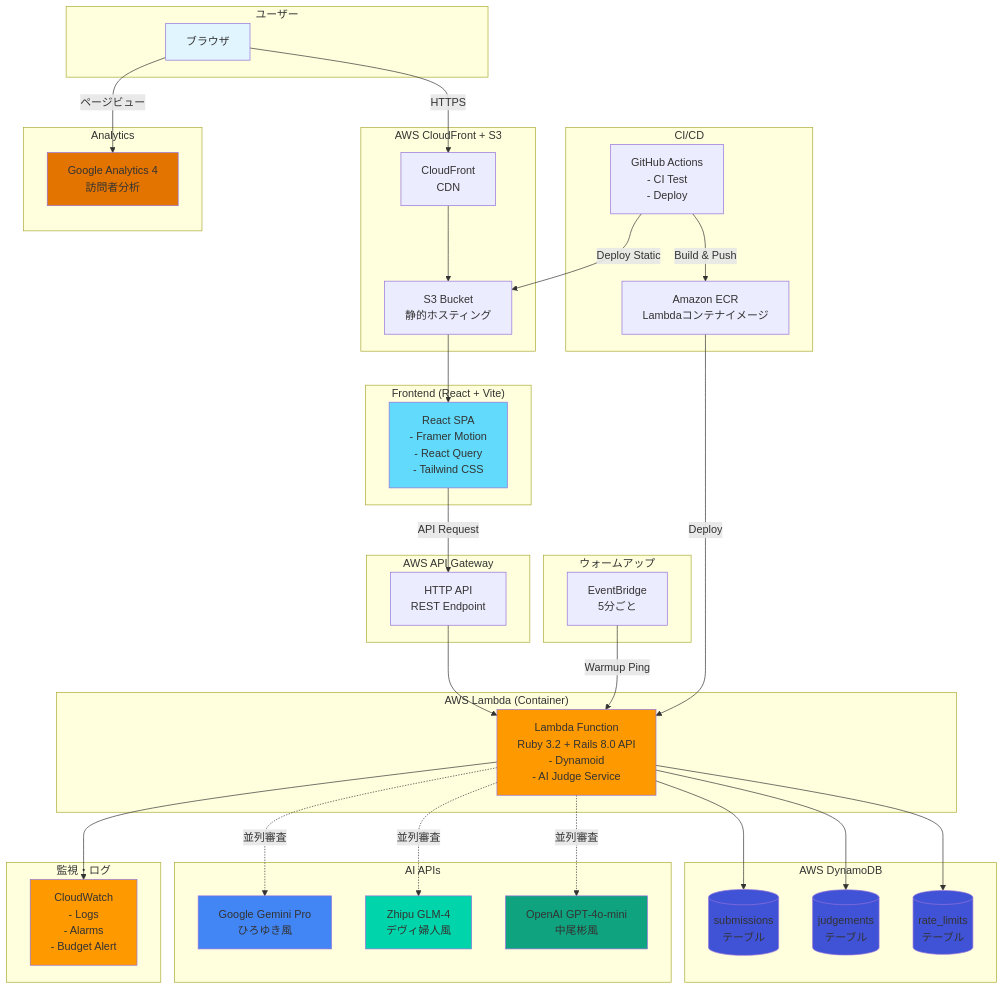
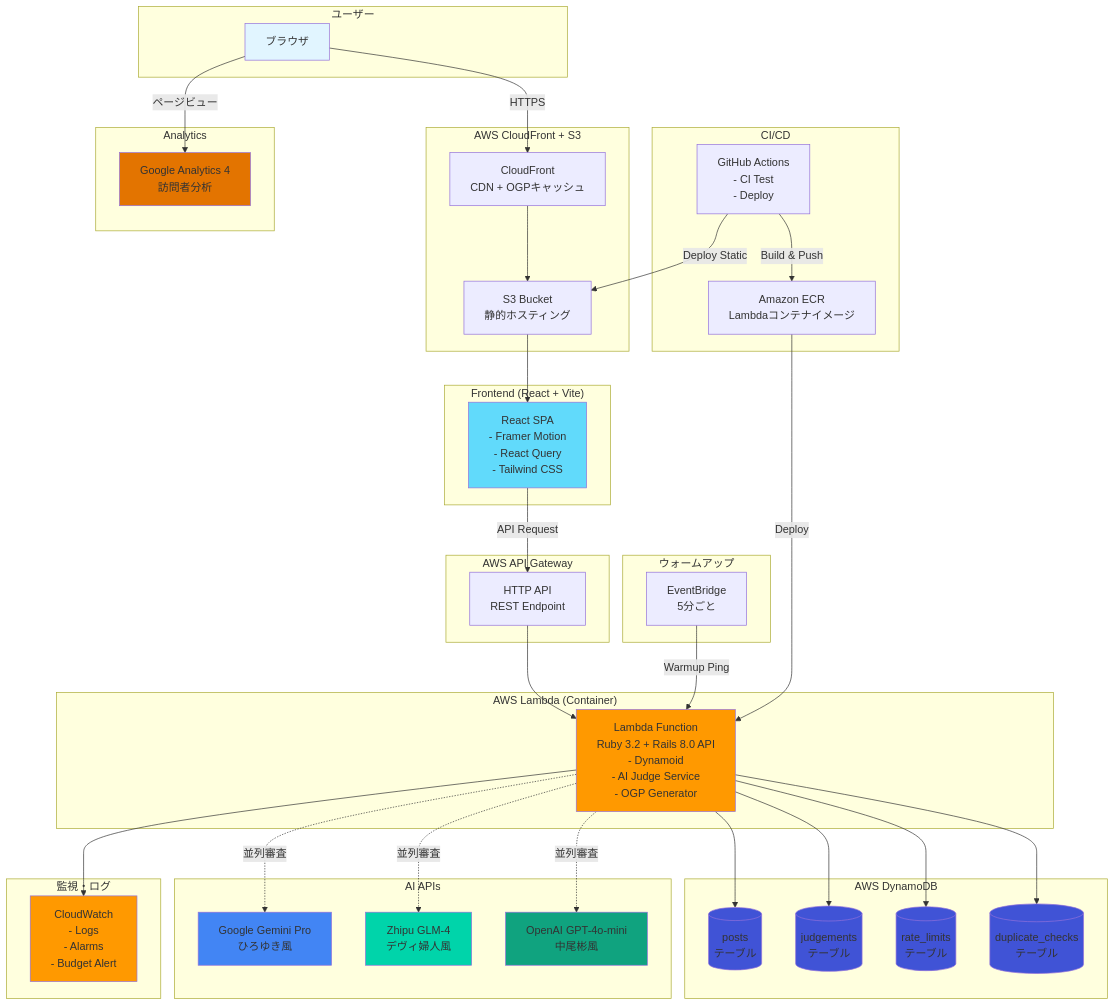
One commit to Yadon987/aruaruarena changed the diagram in README.md. Above: the diagram before and after it, drawn with Mermaid. The commit also changed other lines of this file and 1 other file, not shown here.

```diff
--- a/README.md
+++ b/README.md
@@ -136,7 +181,7 @@
     end
 
     subgraph "AWS CloudFront + S3"
-        CloudFront[CloudFront<br/>CDN]
+        CloudFront[CloudFront<br/>CDN + OGPキャッシュ]
         S3Static[S3 Bucket<br/>静的ホスティング]
     end
 
@@ -145,13 +190,14 @@
     end
 
     subgraph "AWS Lambda (Container)"
-        Lambda[Lambda Function<br/>Ruby 3.2 + Rails 8.0 API<br/>- Dynamoid<br/>- AI Judge Service]
+        Lambda[Lambda Function<br/>Ruby 3.2 + Rails 8.0 API<br/>- Dynamoid<br/>- AI Judge Service<br/>- OGP Generator]
     end
 
     subgraph "AWS DynamoDB"
-        DynamoSubmissions[(submissions<br/>テーブル)]
+        DynamoPosts[(posts<br/>テーブル)]
         DynamoJudgements[(judgements<br/>テーブル)]
         DynamoRateLimits[(rate_limits<br/>テーブル)]
+        DynamoDuplicateChecks[(duplicate_checks<br/>テーブル)]
     end
 
     subgraph "AI APIs"
@@ -186,9 +232,10 @@
     ReactApp -->|API Request| APIGateway
     APIGateway --> Lambda
     
-    Lambda --> DynamoSubmissions
+    Lambda --> DynamoPosts
     Lambda --> DynamoJudgements
     Lambda --> DynamoRateLimits
+    Lambda --> DynamoDuplicateChecks
     
     Lambda -.->|並列審査| Gemini
     Lambda -.->|並列審査| GLM4
@@ -204,9 +251,10 @@
     style Browser fill:#e1f5ff
     style ReactApp fill:#61dafb
     style Lambda fill:#ff9900
-    style DynamoSubmissions fill:#4053d6
+    style DynamoPosts fill:#4053d6
     style DynamoJudgements fill:#4053d6
     style DynamoRateLimits fill:#4053d6
+    style DynamoDuplicateChecks fill:#4053d6
     style Gemini fill:#4285f4
     style GLM4 fill:#00d4aa
     style GPT fill:#10a37f
```
